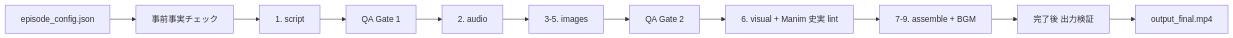
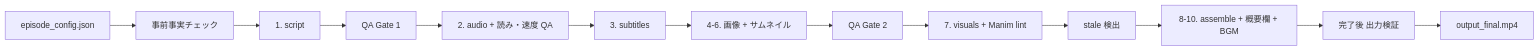
Before and after one commit to sugakushiki/sugakushiki-pipeline: the diagram in README.md, drawn with Mermaid. The commit also changed other lines of this file and 205 other files, not shown here.

````diff
--- a/README.md
+++ b/README.md
@@ -13,9 +13,10 @@
 ```mermaid
 flowchart LR
     Config[episode_config.json] --> Pre[事前事実チェック]
     Pre --> Script[1. script] --> QA1[QA Gate 1]
-    QA1 --> Audio[2. audio] --> Assets[3-5. images] --> QA2[QA Gate 2]
-    QA2 --> Visual[6. visual + Manim 史実 lint]
-    Visual --> Assemble[7-9. assemble + BGM] --> Verify[完了後 出力検証]
-    Verify --> Final[output_final.mp4]
+    QA1 --> Audio[2. audio + 読み・速度 QA] --> Sub[3. subtitles]
+    Sub --> Assets[4-6. 画像 + サムネイル] --> QA2[QA Gate 2]
+    QA2 --> Visual[7. visuals + Manim lint] --> Stale[stale 検出]
+    Stale --> Assemble[8-10. assemble + 概要欄 + BGM]
+    Assemble --> Verify[完了後 出力検証] --> Final[output_final.mp4]
 ```
````
